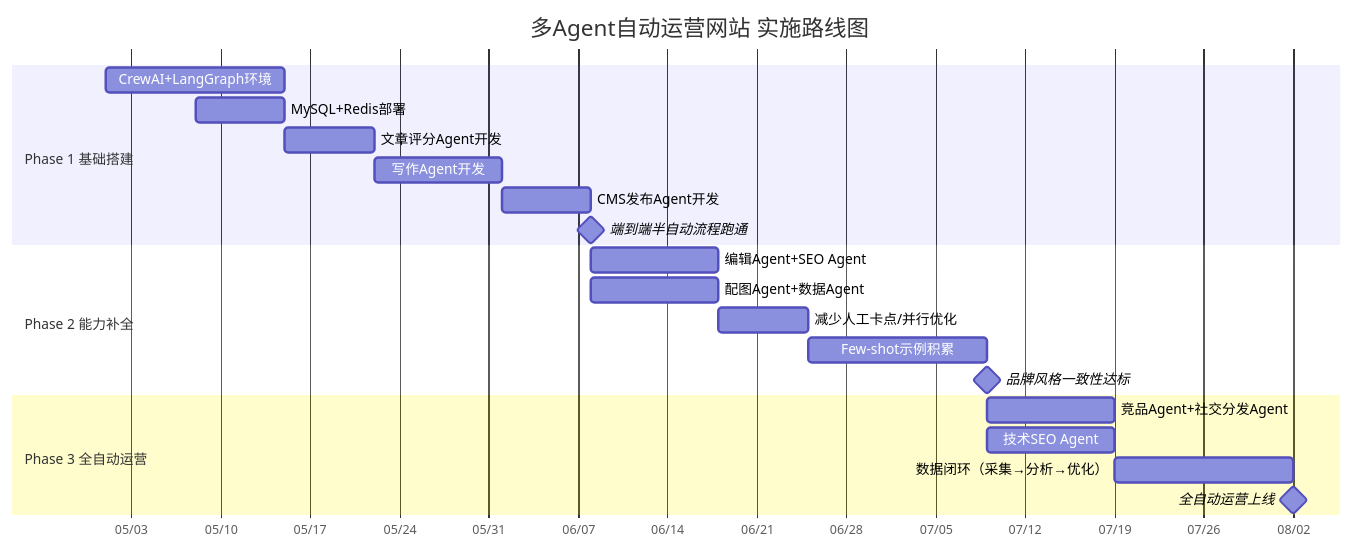
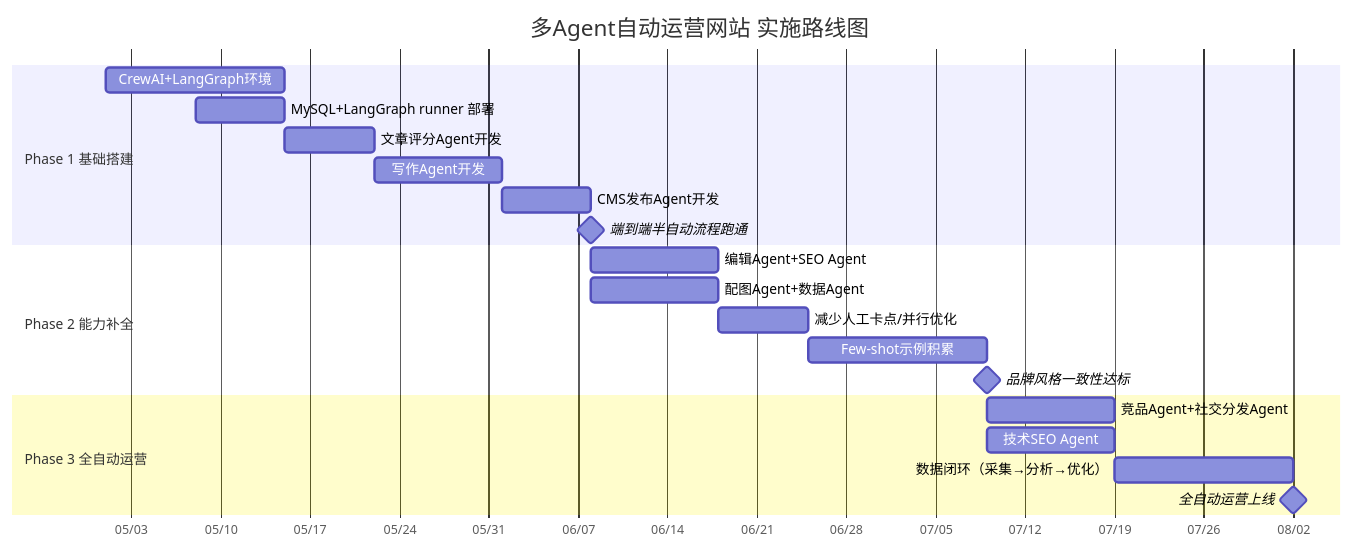
Before and after one commit to flyingsnowzz/Multi-Agent-Automatic-Operation-Website: the third of 4 diagrams in 00-方案概述.md, drawn with Mermaid. The commit also changed other lines of this file and 69 other files, not shown here.

````diff
--- a/00-方案概述.md
+++ b/00-方案概述.md
@@ -124,27 +124,27 @@
 ```mermaid
 gantt
     title 多Agent自动运营网站 实施路线图
     dateFormat  YYYY-MM-DD
     axisFormat  %m/%d
 
     section Phase 1 基础搭建
     CrewAI+LangGraph环境     :p1a, 2026-05-01, 14d
-    MySQL+Redis部署          :p1b, 2026-05-08, 7d
+    MySQL+LangGraph runner 部署          :p1b, 2026-05-08, 7d
     文章评分Agent开发            :p1c, after p1a, 7d
     写作Agent开发            :p1d, after p1c, 10d
     CMS发布Agent开发         :p1e, after p1d, 7d
     端到端半自动流程跑通     :milestone, after p1e, 0d
 
     section Phase 2 能力补全
     编辑Agent+SEO Agent      :p2a, after p1e, 10d
     配图Agent+数据Agent      :p2b, after p1e, 10d
     减少人工卡点/并行优化    :p2c, after p2a, 7d
     Few-shot示例积累         :p2d, after p2c, 14d
     品牌风格一致性达标       :milestone, after p2d, 0d
 
     section Phase 3 全自动运营
     竞品Agent+社交分发Agent   :p3a, after p2d, 10d
     技术SEO Agent             :p3b, after p2d, 10d
     数据闭环（采集→分析→优化）:p3c, after p3a, 14d
     全自动运营上线            :milestone, after p3c, 0d
 ```
````
